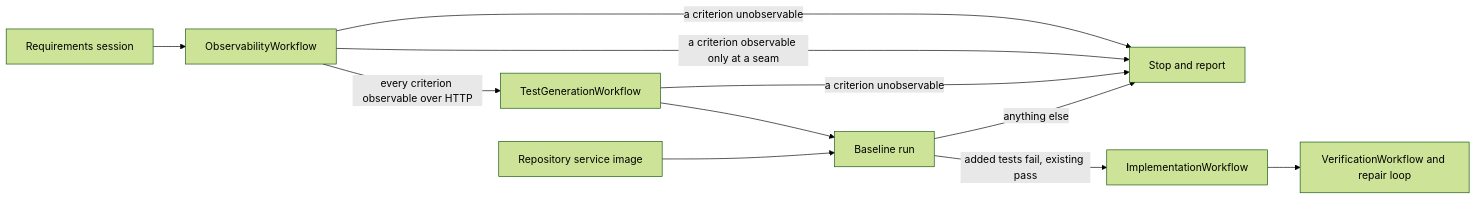
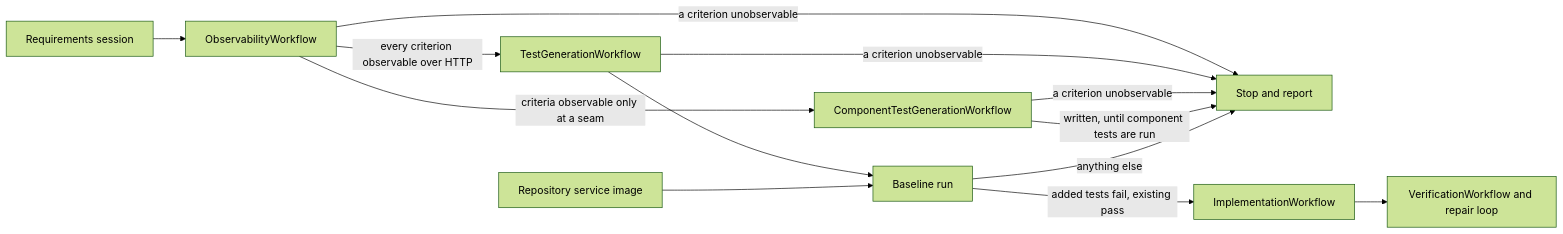
Before and after one commit to zikasak/temporal-SDLC: the third of 4 diagrams in docs/service-implementation.md, drawn with Mermaid (forest theme). The commit also changed other lines of this file and 30 other files, not shown here.

First line of the commit message:
Write component tests for criteria routed to code seams

````diff
--- a/docs/service-implementation.md
+++ b/docs/service-implementation.md
@@ -471,13 +476,15 @@
 ```mermaid
 flowchart LR
     brief[Requirements session] --> routing[ObservabilityWorkflow]
     routing -- every criterion observable over HTTP --> tests[TestGenerationWorkflow]
+    routing -- criteria observable only at a seam --> components[ComponentTestGenerationWorkflow]
     routing -- a criterion unobservable --> stop
-    routing -- a criterion observable only at a seam --> stop
     tests -- a criterion unobservable --> stop
+    components -- a criterion unobservable --> stop
+    components -- written, until component tests are run --> stop
     tests --> baseline[Baseline run]
     repository[Repository service image] --> baseline
     baseline -- added tests fail, existing pass --> fix[ImplementationWorkflow]
     baseline -- anything else --> stop[Stop and report]
     fix --> verification[VerificationWorkflow and repair loop]
 ```
````
